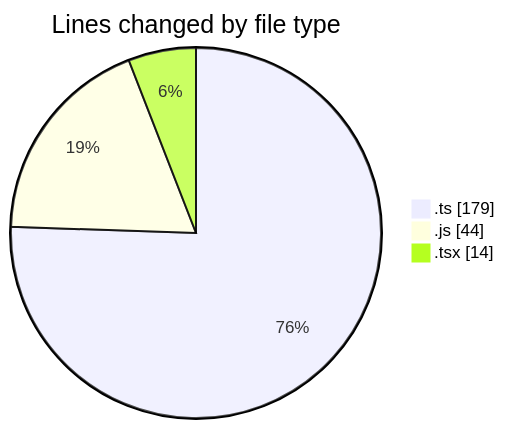
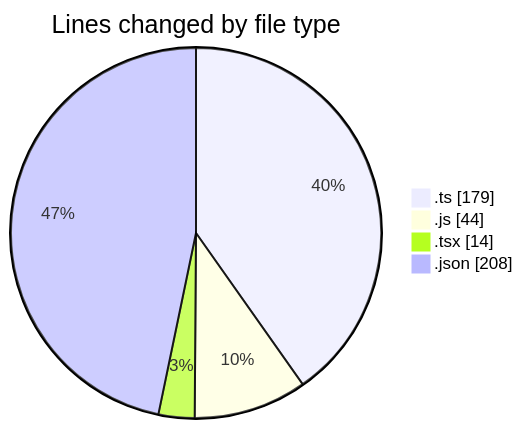
Before and after one commit to momahboobian/code-tracking: the first of 2 diagrams in 2026-08-03/cda/README.md, drawn with Mermaid. The commit also changed other lines of this file and 1 other file, not shown here.

````diff
--- a/2026-08-03/cda/README.md
+++ b/2026-08-03/cda/README.md
@@ -27,7 +28,8 @@
 ```mermaid
 pie showData
 title Lines changed by file type
 ".ts" : 179
 ".js" : 44
 ".tsx" : 14
+".json" : 208
 ```
````
